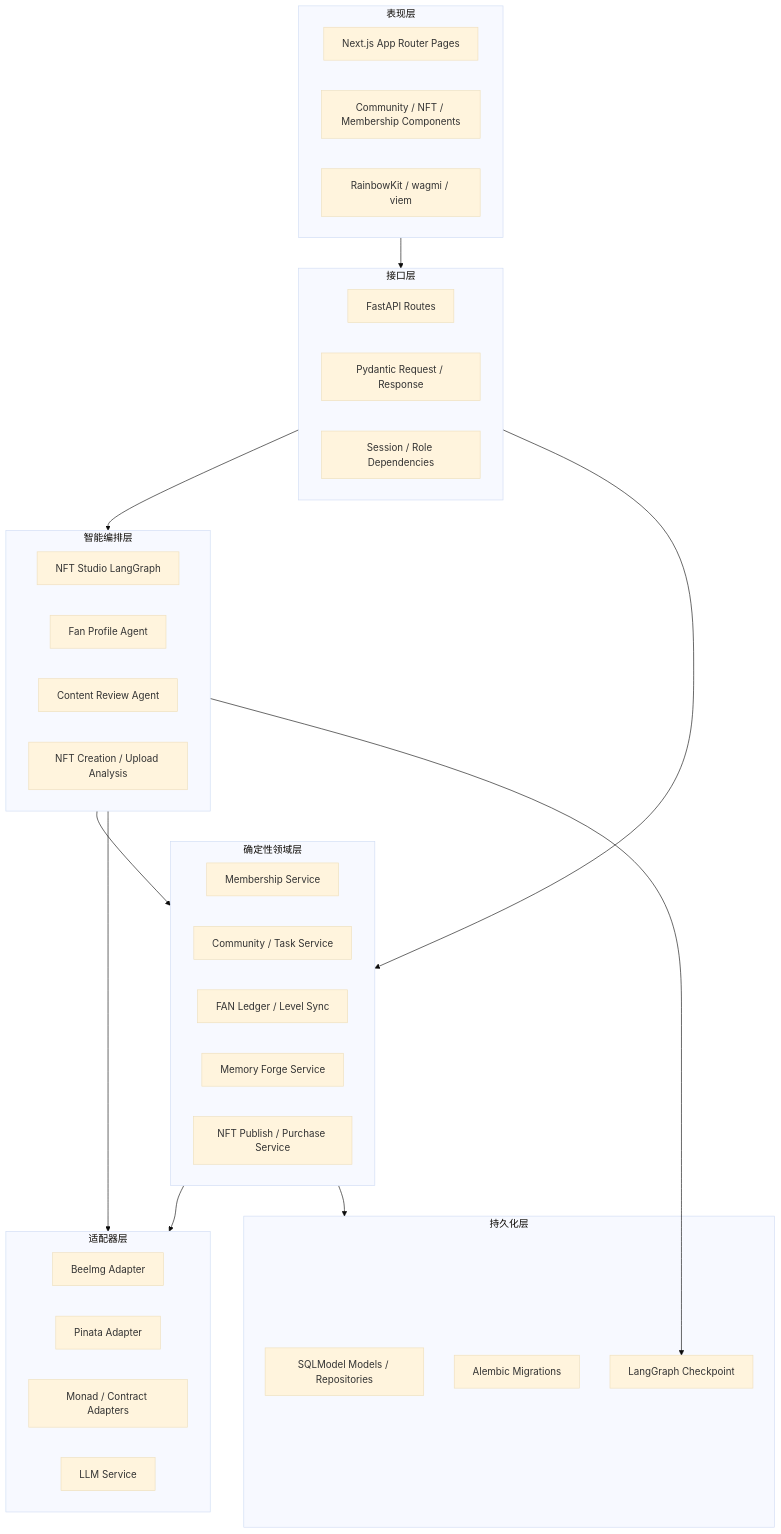
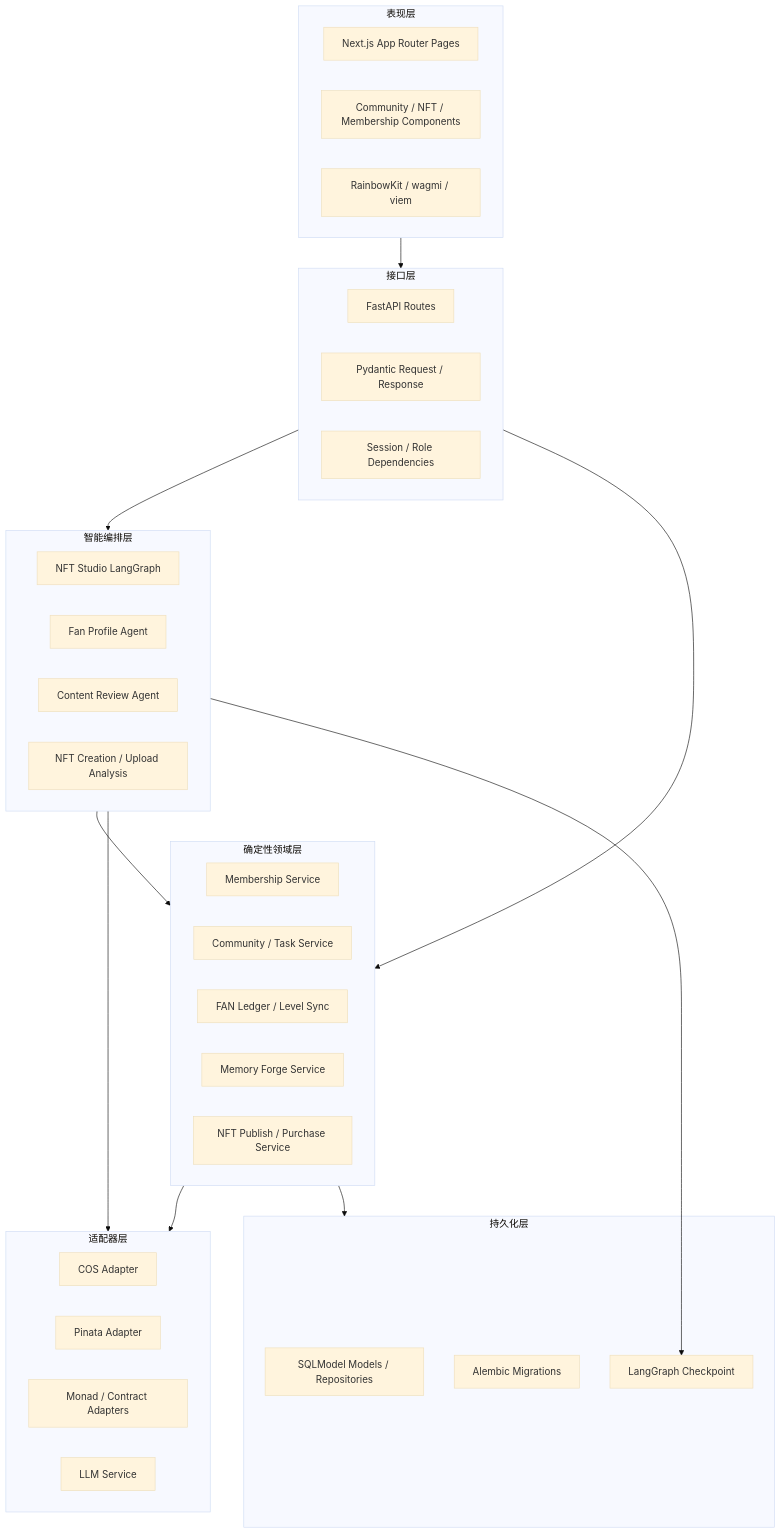
The second of 9 diagrams in docs/produce/ARCHITECTURE.md (ouminghai/Fanora), drawn with Mermaid (base theme) before and after one commit. The commit also changed other lines of this file and 78 other files, not shown here.

````diff
--- a/docs/produce/ARCHITECTURE.md
+++ b/docs/produce/ARCHITECTURE.md
@@ -32,51 +32,51 @@
 ```mermaid
 flowchart TB
     subgraph Presentation["表现层"]
         Pages["Next.js App Router Pages"]
         Components["Community / NFT / Membership Components"]
         Web3["RainbowKit / wagmi / viem"]
     end
 
     subgraph Transport["接口层"]
         Routes["FastAPI Routes"]
         Schemas["Pydantic Request / Response"]
         Auth["Session / Role Dependencies"]
     end
 
     subgraph Intelligence["智能编排层"]
         Studio["NFT Studio LangGraph"]
         Profile["Fan Profile Agent"]
         Review["Content Review Agent"]
         Creation["NFT Creation / Upload Analysis"]
     end
 
     subgraph Domain["确定性领域层"]
         Membership["Membership Service"]
         Community["Community / Task Service"]
         Fan["FAN Ledger / Level Sync"]
         Forge["Memory Forge Service"]
         NFT["NFT Publish / Purchase Service"]
     end
 
     subgraph Integration["适配器层"]
-        BeeAdapter["BeeImg Adapter"]
+        BeeAdapter["COS Adapter"]
         PinataAdapter["Pinata Adapter"]
         MonadAdapter["Monad / Contract Adapters"]
         LLMService["LLM Service"]
     end
 
     subgraph Persistence["持久化层"]
         SQLModel["SQLModel Models / Repositories"]
         Alembic["Alembic Migrations"]
         Checkpoint["LangGraph Checkpoint"]
     end
 
     Presentation --> Transport
     Transport --> Intelligence
     Transport --> Domain
     Intelligence --> Domain
     Intelligence --> Integration
     Domain --> Integration
     Domain --> Persistence
     Intelligence --> Checkpoint
 ```
````
